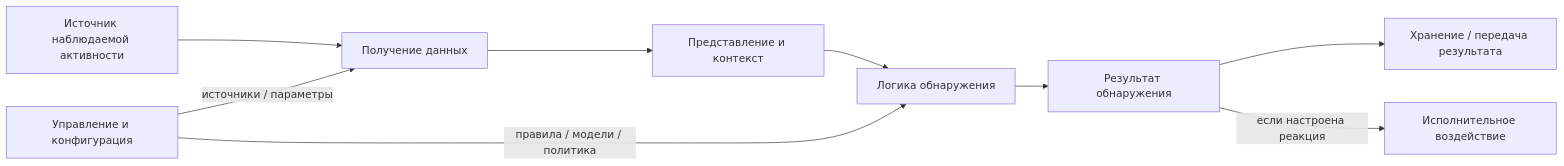
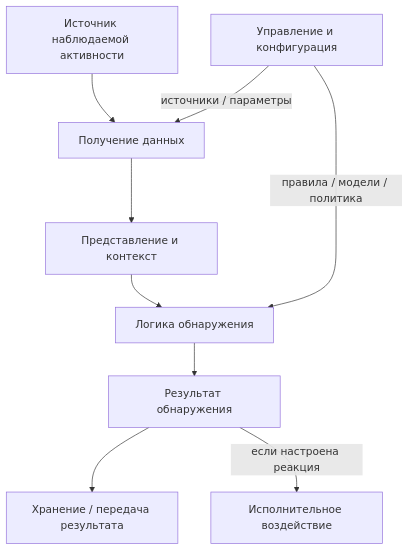
Before and after one commit to 11ndra/spvo: the diagram in docs/course/03-detection.md, drawn with Mermaid. The commit also changed other lines of this file and 11 other files, not shown here.

````diff
--- a/docs/course/03-detection.md
+++ b/docs/course/03-detection.md
@@ -30,12 +30,17 @@
 ```mermaid
-flowchart LR
+flowchart TB
     S["Источник наблюдаемой активности"] --> A["Получение данных"]
     A --> P["Представление и контекст"]
     P --> D["Логика обнаружения"]
     D --> O["Результат обнаружения"]
     O --> R["Хранение / передача результата"]
-
     M["Управление и конфигурация"] -->|источники / параметры| A
     M -->|правила / модели / политика| D
     O -->|если настроена реакция| E["Исполнительное воздействие"]
+    class S mm-source
+    class A mm-observation
+    class P,D mm-analysis
+    class O mm-result
+    class R,M mm-interpretation
+    class E mm-control
 ```
````
